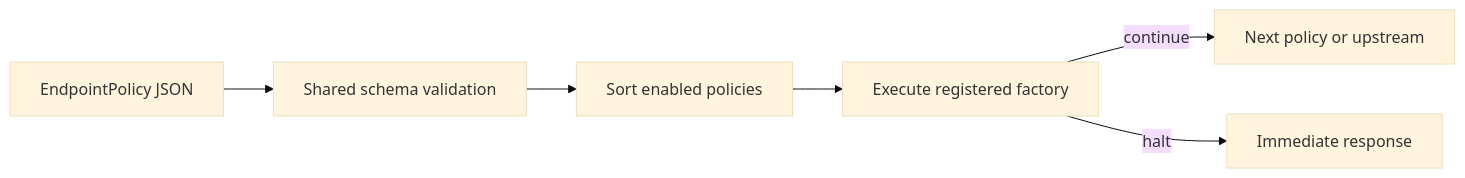
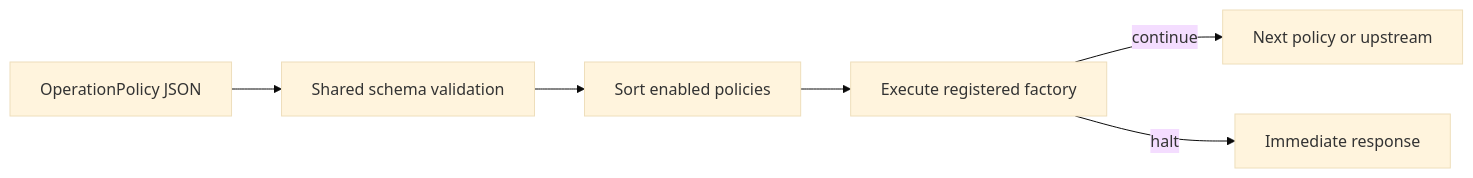
The diagram in docs/01-concepts/Policies in Apigee.md (c4rl0s04/api-gateway-platform), drawn with Mermaid (base theme) before and after one commit. The commit also changed other lines of this file and 2 other files, not shown here.

Commit message:
docs(policy): align terminology with proxy operations

````diff
--- a/docs/01-concepts/Policies in Apigee.md
+++ b/docs/01-concepts/Policies in Apigee.md
@@ -58,8 +62,8 @@
 ```mermaid
 flowchart LR
-    RECORD["EndpointPolicy JSON"] --> VALIDATE["Shared schema validation"]
+    RECORD["OperationPolicy JSON"] --> VALIDATE["Shared schema validation"]
     VALIDATE --> ORDER["Sort enabled policies"]
     ORDER --> EXECUTE["Execute registered factory"]
     EXECUTE -->|"continue"| NEXT["Next policy or upstream"]
     EXECUTE -->|"halt"| RESPONSE["Immediate response"]
 ```
````
